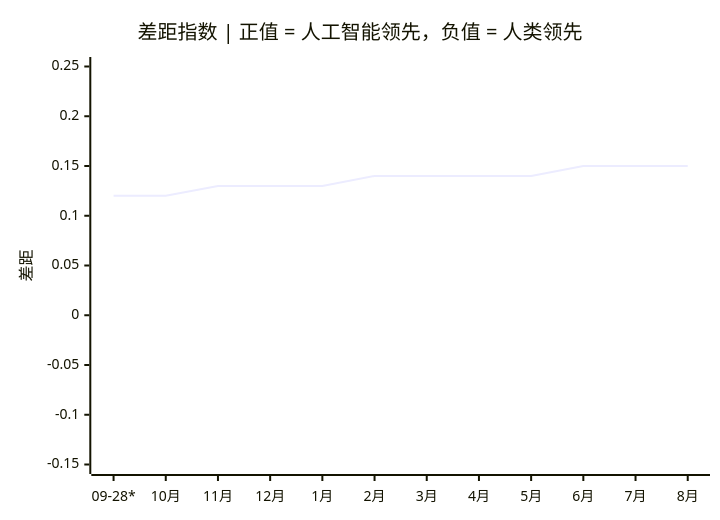
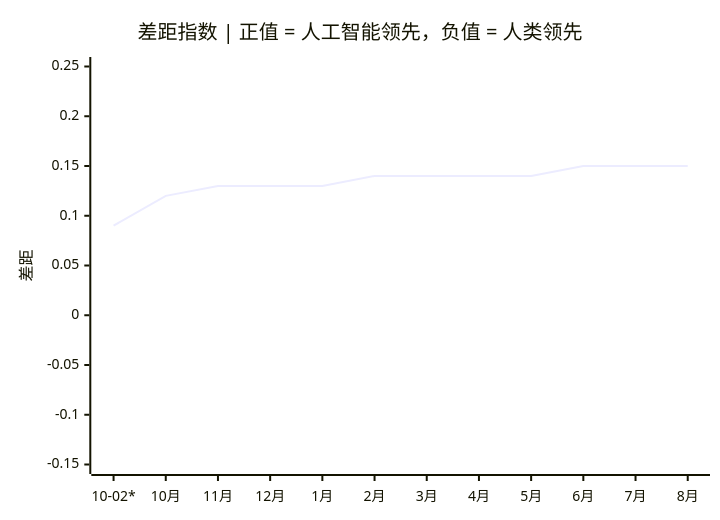
The second of 2 diagrams in README.zh.md (VQQLK/Human-AI-Monitor), drawn with Mermaid before and after one commit. The commit also changed other lines of this file and 4 other files, not shown here.

````diff
--- a/README.zh.md
+++ b/README.zh.md
@@ -45,7 +45,7 @@
 ```mermaid
 xychart-beta
     title "差距指数 | 正值 = 人工智能领先，负值 = 人类领先"
-    x-axis ["09-28*", "10月", "11月", "12月", "1月", "2月", "3月", "4月", "5月", "6月", "7月", "8月"]
+    x-axis ["10-02*", "10月", "11月", "12月", "1月", "2月", "3月", "4月", "5月", "6月", "7月", "8月"]
     y-axis "差距" -0.15 --> 0.25
-    line [0.12, 0.12, 0.13, 0.13, 0.13, 0.14, 0.14, 0.14, 0.14, 0.15, 0.15, 0.15]
+    line [0.09, 0.12, 0.13, 0.13, 0.13, 0.14, 0.14, 0.14, 0.14, 0.15, 0.15, 0.15]
 ```
````
